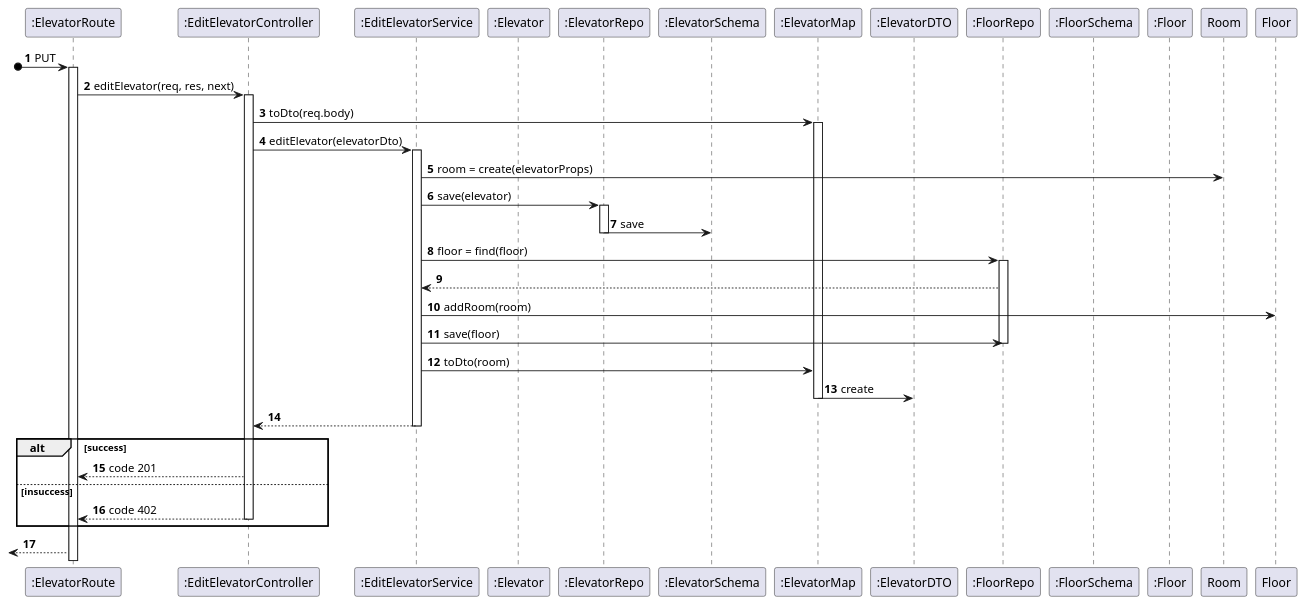
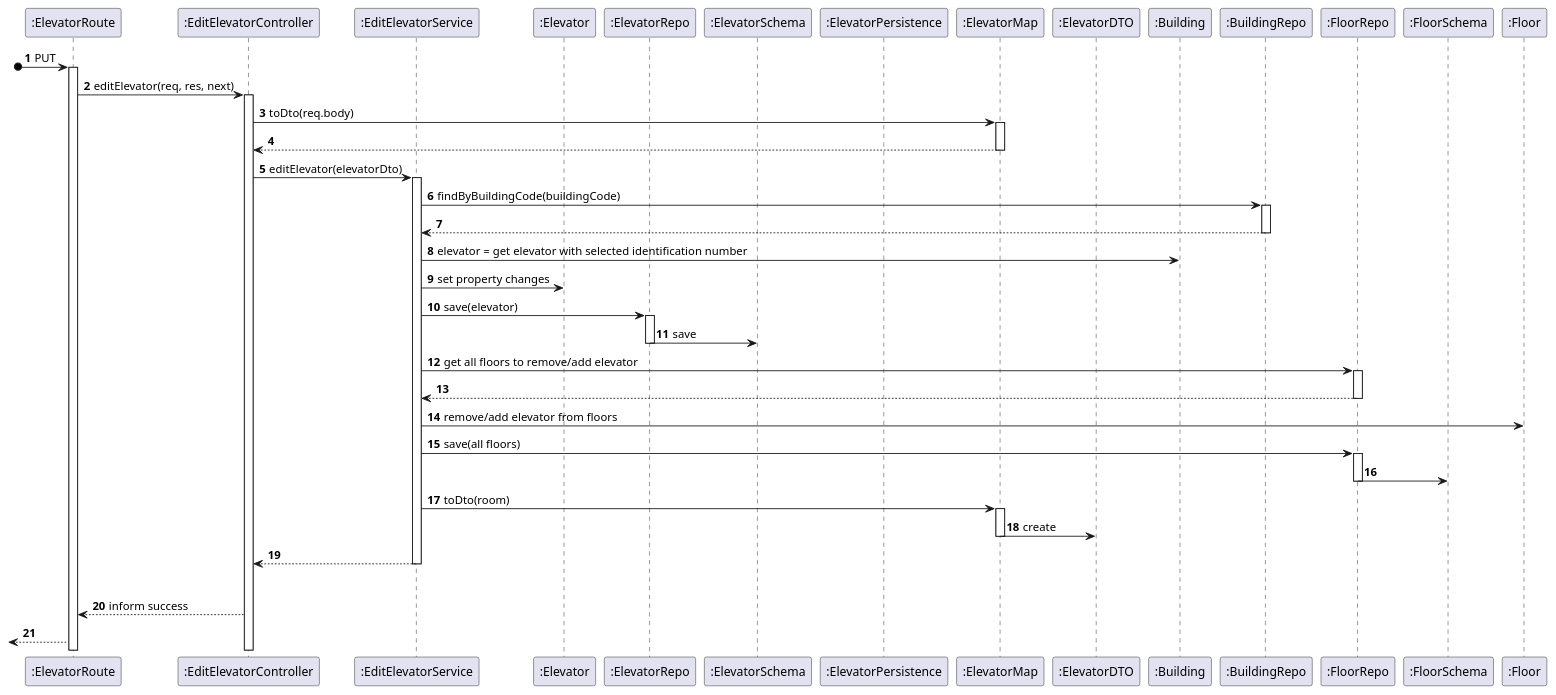
Before and after one commit to Pedro-Pereira1/sem5pi_23_24_g056: the diagram in docs/US_280/Diagrams/Level3/SequenceDiagramLevel3.puml, drawn with PlantUML. The commit also changed 2 other files, not shown here.

Commit message:
Updated design diagrams for US280

```diff
--- a/docs/US_280/Diagrams/Level3/SequenceDiagramLevel3.puml
+++ b/docs/US_280/Diagrams/Level3/SequenceDiagramLevel3.puml
@@ -1,65 +1,80 @@
 @startuml
 
 autonumber
 
 participant ":ElevatorRoute" as Route
 participant ":EditElevatorController" as Controller
 participant ":EditElevatorService" as Service
-participant ":Elevator"
+participant ":Elevator" as Elevator
 participant ":ElevatorRepo" as Repo
 participant ":ElevatorSchema" as Schema
+participant ":ElevatorPersistence" as Persistence
 participant ":ElevatorMap" as Map
 participant ":ElevatorDTO" as DTO
+participant ":Building" as Building
+participant ":BuildingRepo" as BuildingRepo
 participant ":FloorRepo" as FloorRepo
 participant ":FloorSchema" as FloorSchema
-participant ":Floor"
+participant ":Floor" as Floor
 
 
 ?o->Route: PUT
 activate Route
 
 Route -> Controller: editElevator(req, res, next)
 activate Controller
 
 Controller -> Map: toDto(req.body)
 activate Map
 
+Controller <-- Map
+deactivate Map
+
+
 Controller -> Service: editElevator(elevatorDto)
 activate Service
 
+Service -> BuildingRepo: findByBuildingCode(buildingCode)
+activate BuildingRepo
+Service <-- BuildingRepo
+deactivate BuildingRepo
 
-Service -> Room: room = create(elevatorProps)
+Service -> Building: elevator = get elevator with selected identification number
+
+Service -> Elevator: set property changes
 
 Service -> Repo: save(elevator)
 activate Repo
 
 Repo -> Schema: save
 deactivate Repo
 
-Service -> FloorRepo: floor = find(floor)
+Service -> FloorRepo: get all floors to remove/add elevator
 activate FloorRepo
 Service <-- FloorRepo
-Service -> Floor: addRoom(room)
-Service -> FloorRepo: save(floor)
+deactivate FloorRepo
 
+Service -> Floor: remove/add elevator from floors
+Service -> FloorRepo: save(all floors)
+activate FloorRepo
+
+FloorRepo -> FloorSchema
 deactivate FloorRepo
 
 Service -> Map:toDto(room)
+activate Map
 
 Map -> DTO: create
 deactivate Map
 
 Service --> Controller:
 deactivate Service
 
 alt success
-Controller --> Route: code 201
-else insuccess
-Controller --> Route: code 402
-deactivate Controller
-end alt
+Controller --> Route: inform success
+
 <--Route:
 
 
 
 @enduml
```
